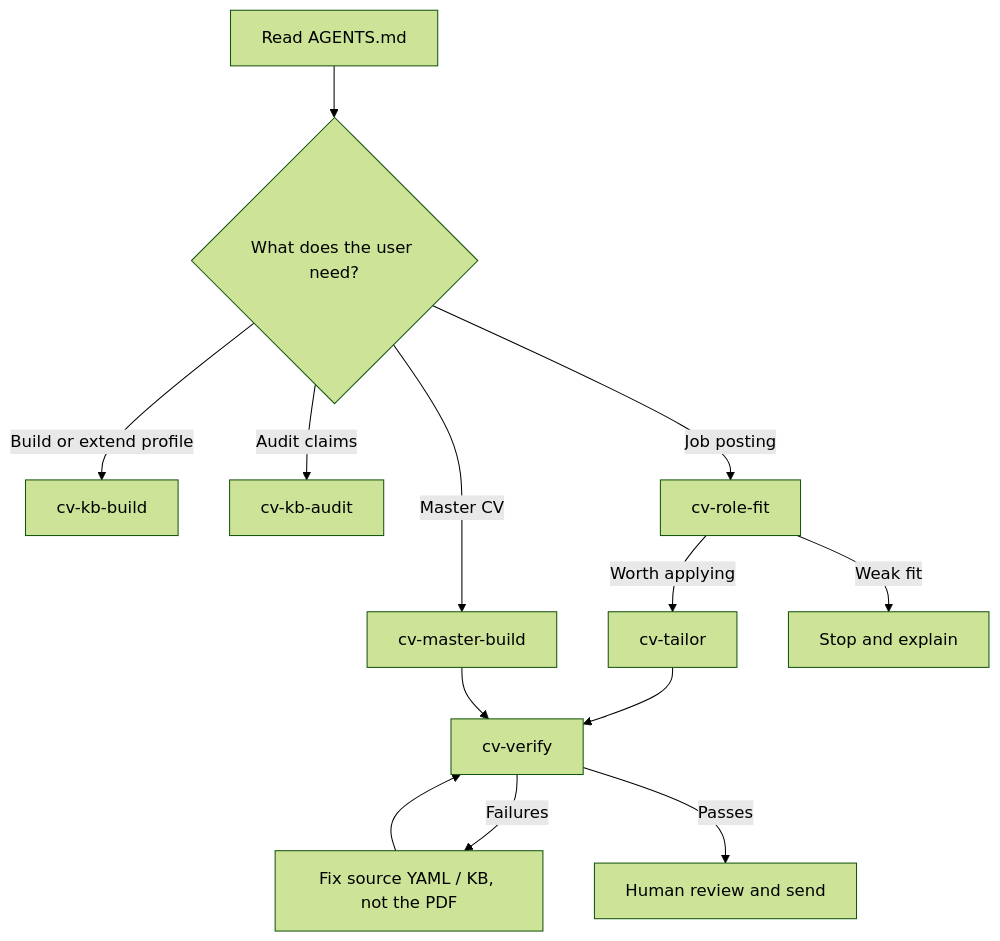
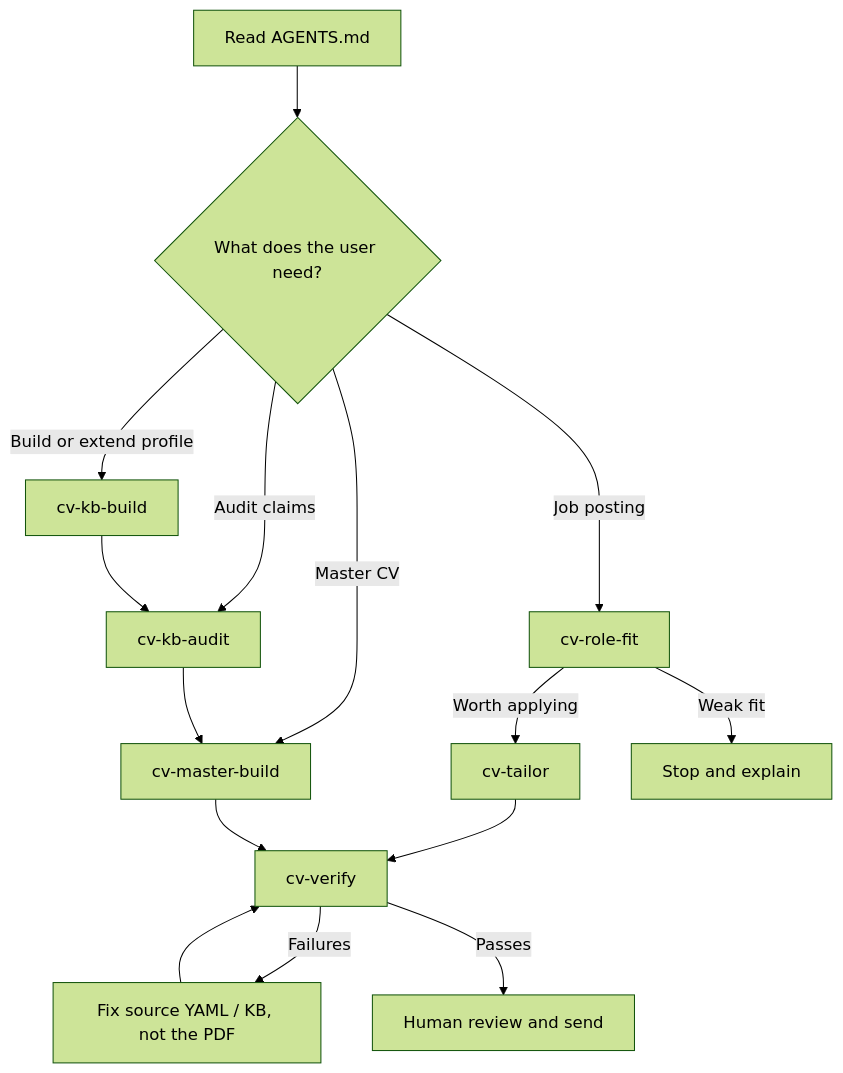
The diagram in docs/08-framework-design.md (kevscec/grounded-cv), drawn with Mermaid (forest theme) before and after one commit. The commit also changed other lines of this file and 1 other file, not shown here.

````diff
--- a/docs/08-framework-design.md
+++ b/docs/08-framework-design.md
@@ -35,15 +49,17 @@
 ```mermaid
 flowchart TD
     A[Read AGENTS.md] --> B{What does the user need?}
     B -->|Build or extend profile| C[cv-kb-build]
     B -->|Audit claims| D[cv-kb-audit]
     B -->|Master CV| E[cv-master-build]
     B -->|Job posting| F[cv-role-fit]
+    C --> D
+    D --> E
     F -->|Worth applying| G[cv-tailor]
     F -->|Weak fit| H[Stop and explain]
     G --> I[cv-verify]
     E --> I
     I -->|Failures| J[Fix source YAML / KB, not the PDF]
     J --> I
     I -->|Passes| K[Human review and send]
 ```
````
